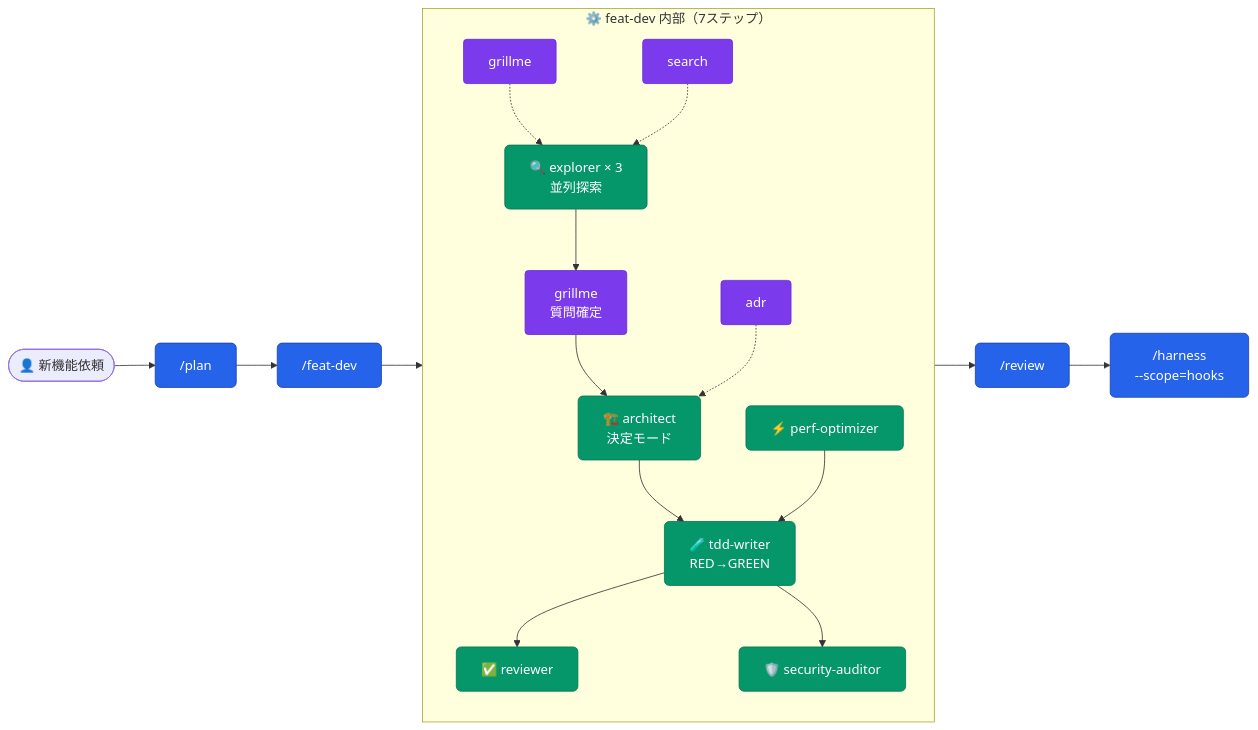
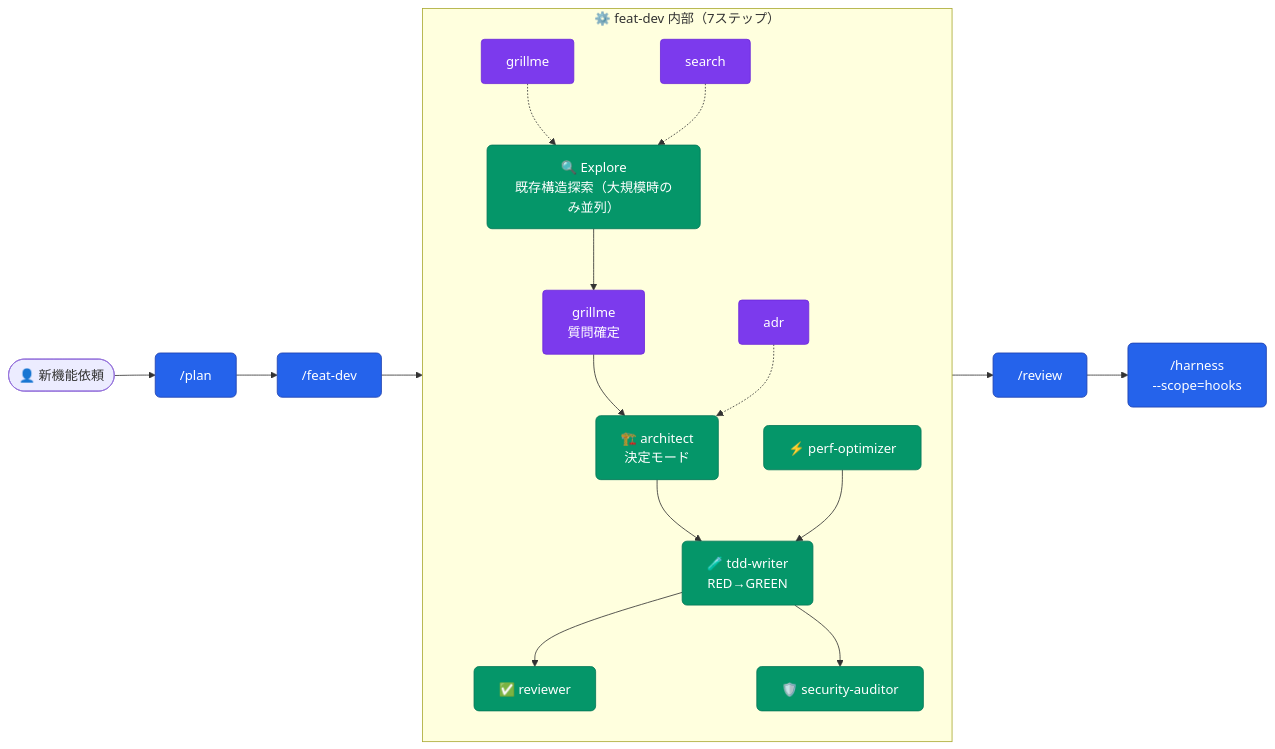
The first of 12 diagrams in README.md (aokumablue/claq), drawn with Mermaid before and after one commit. The commit also changed other lines of this file and 2 other files, not shown here.

````diff
--- a/README.md
+++ b/README.md
@@ -115,26 +115,26 @@
 ```mermaid
 flowchart LR
   classDef cmd    fill:#2563eb,stroke:#1e40af,color:#fff,rx:6
   classDef agent  fill:#059669,stroke:#047857,color:#fff,rx:6
   classDef skill  fill:#7c3aed,stroke:#6d28d9,color:#fff,rx:4
   classDef auto   fill:#ea580c,stroke:#c2410c,color:#fff,rx:4
 
   U(["👤 新機能依頼"]) --> CP["/plan"]:::cmd
   CP --> CF["/feat-dev"]:::cmd
 
   subgraph featdev["⚙️ feat-dev 内部（7ステップ）"]
     direction TB
     SG1["grillme"]:::skill -.-> AE
-    AE["🔍 explorer × 3<br/>並列探索"]:::agent --> SG2["grillme<br/>質問確定"]:::skill
+    AE["🔍 Explore<br/>既存構造探索（大規模時のみ並列）"]:::agent --> SG2["grillme<br/>質問確定"]:::skill
     SG2 --> AA["🏗️ architect<br/>決定モード"]:::agent
     AA & APO["⚡ perf-optimizer"]:::agent --> AT["🧪 tdd-writer<br/>RED→GREEN"]:::agent
     AT --> AR["✅ reviewer"]:::agent
     AT --> ASEC["🛡️ security-auditor"]:::agent
     SS["search"]:::skill -.-> AE
     SA["adr"]:::skill -.-> AA
   end
 
   CF --> featdev
   featdev --> CR["/review"]:::cmd
   CR --> CH["/harness<br/>--scope=hooks"]:::cmd
 ```
````
